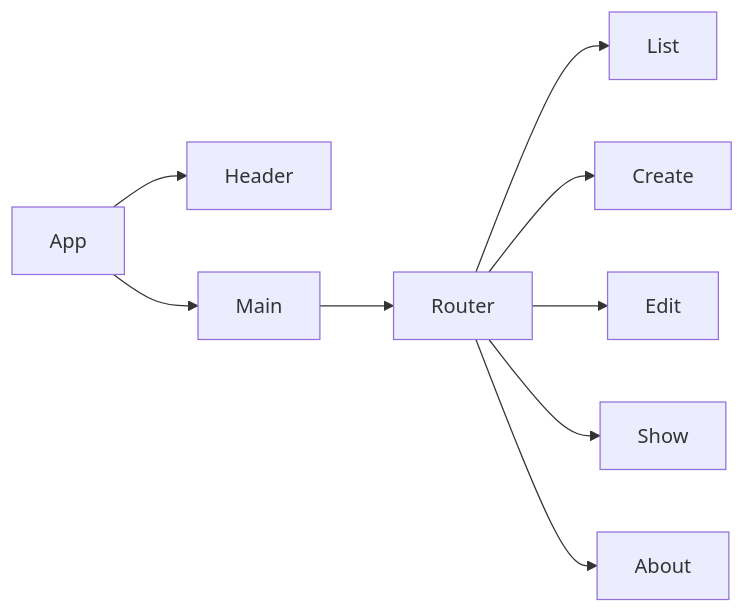
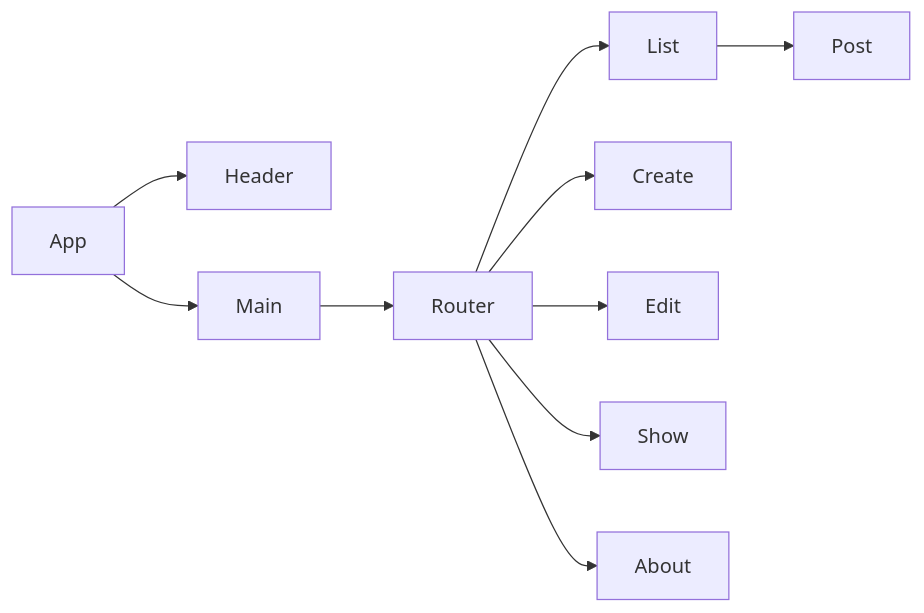
One commit to Isyates/pwnterest-project3-frontend changed the diagram in README.md. Above: the diagram before and after it, drawn with Mermaid. The commit also changed other lines of this file, not shown here.

````diff
--- a/README.md
+++ b/README.md
@@ -28,11 +28,12 @@
 ```mermaid
 flowchart LR
   App-->Header
   App-->Main
   Main-->Router
   Router-->List
   Router-->Create
   Router-->Edit
   Router-->Show
   Router-->About
+  List-->Post
 ```
````
